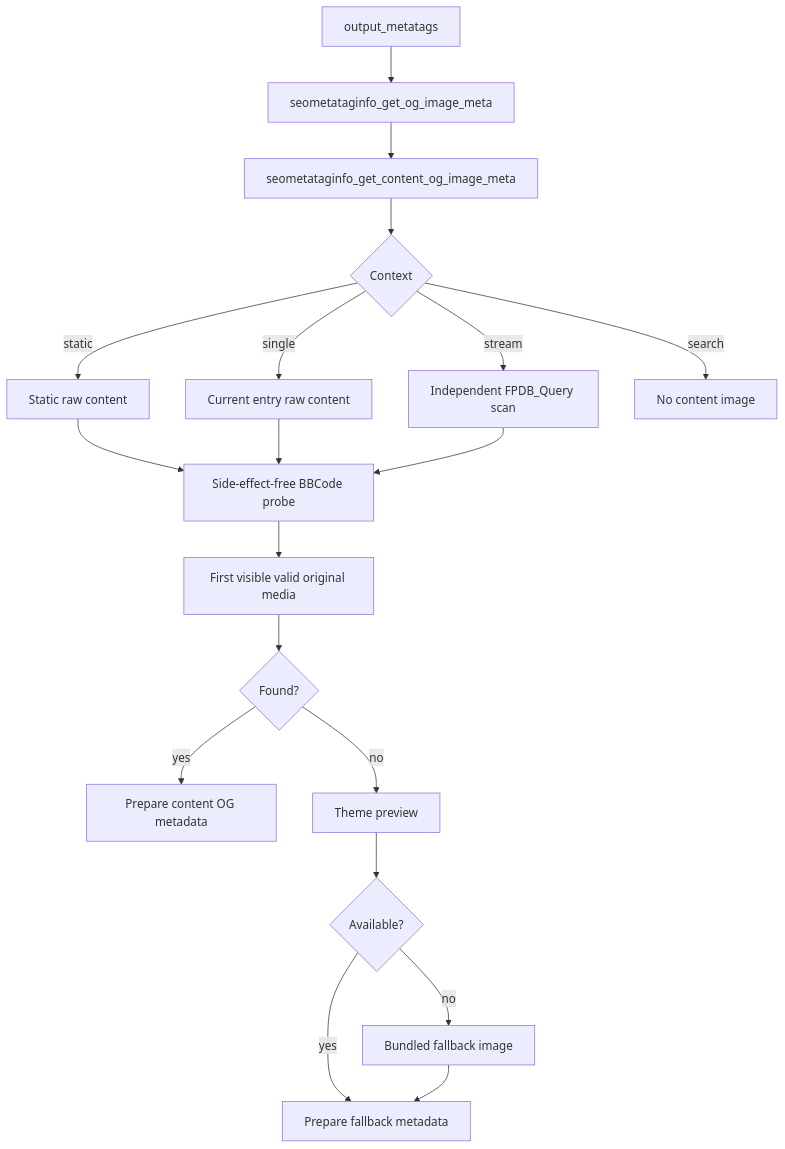
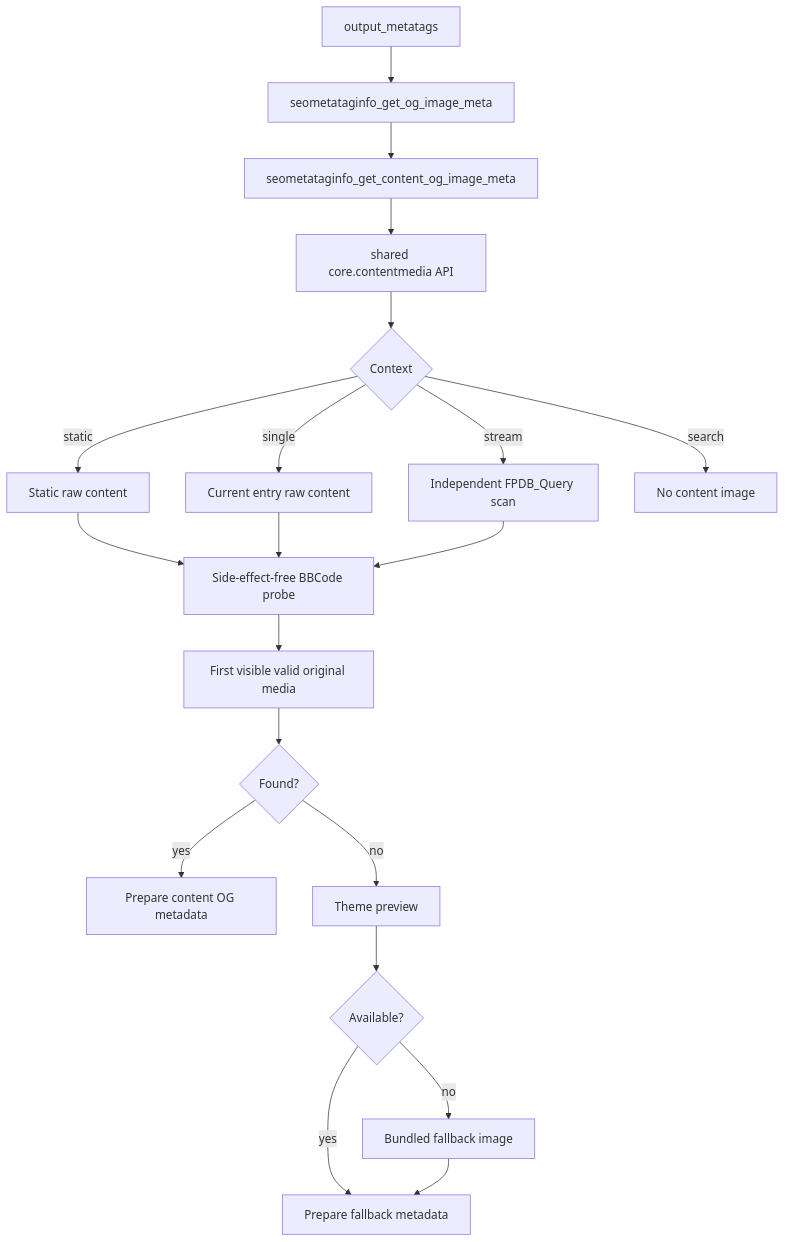
Before and after one commit to flatpressblog/flatpress: the second of 2 diagrams in fp-plugins/seometataginfo/developer-docs/architecture.md, drawn with Mermaid. The commit also changed other lines of this file and 15 other files, not shown here.

````diff
--- a/fp-plugins/seometataginfo/developer-docs/architecture.md
+++ b/fp-plugins/seometataginfo/developer-docs/architecture.md
@@ -92,21 +92,22 @@
 ```mermaid
 flowchart TD
     A[output_metatags] --> B[seometataginfo_get_og_image_meta]
     B --> C[seometataginfo_get_content_og_image_meta]
-    C --> D{Context}
+    C --> C2[shared core.contentmedia API]
+    C2 --> D{Context}
     D -- static --> E[Static raw content]
     D -- single --> F[Current entry raw content]
     D -- stream --> G[Independent FPDB_Query scan]
     D -- search --> H[No content image]
     E --> I[Side-effect-free BBCode probe]
     F --> I
     G --> I
     I --> J[First visible valid original media]
     J --> K{Found?}
     K -- yes --> L[Prepare content OG metadata]
     K -- no --> M[Theme preview]
     M --> N{Available?}
     N -- no --> O[Bundled fallback image]
     N -- yes --> P[Prepare fallback metadata]
     O --> P
 ```
````
